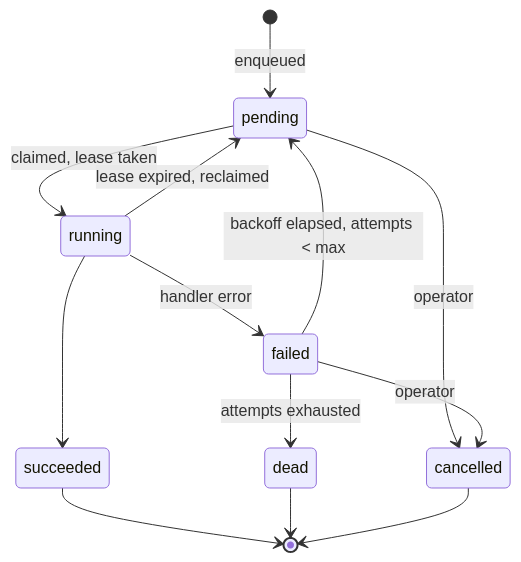
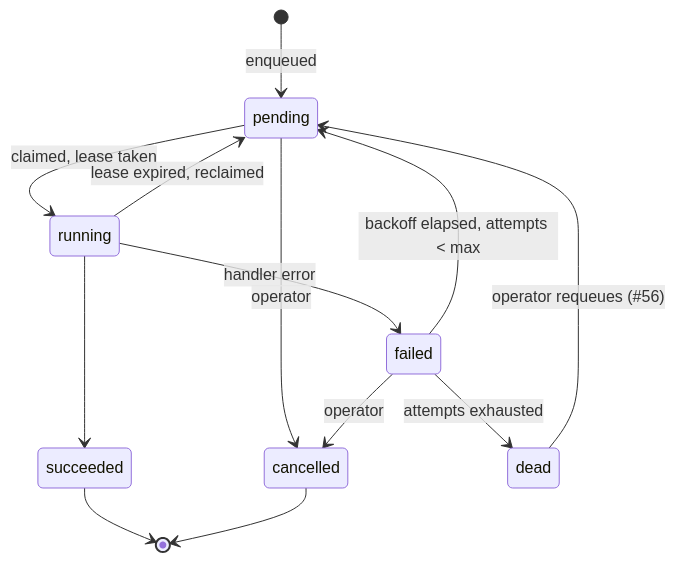
Before and after one commit to vaam-apps/vsms: the fifth of 8 diagrams in docs/architecture.md, drawn with Mermaid. The commit also changed other lines of this file and 44 other files, not shown here.

````diff
--- a/docs/architecture.md
+++ b/docs/architecture.md
@@ -2163,15 +2174,15 @@
 ```mermaid
 stateDiagram-v2
     [*] --> pending: enqueued
     pending --> running: claimed, lease taken
     pending --> cancelled: operator
     running --> succeeded
     running --> failed: handler error
     running --> pending: lease expired, reclaimed
     failed --> pending: backoff elapsed, attempts < max
     failed --> dead: attempts exhausted
     failed --> cancelled: operator
+    dead --> pending: operator requeues (#56)
     succeeded --> [*]
-    dead --> [*]
     cancelled --> [*]
 ```
````
